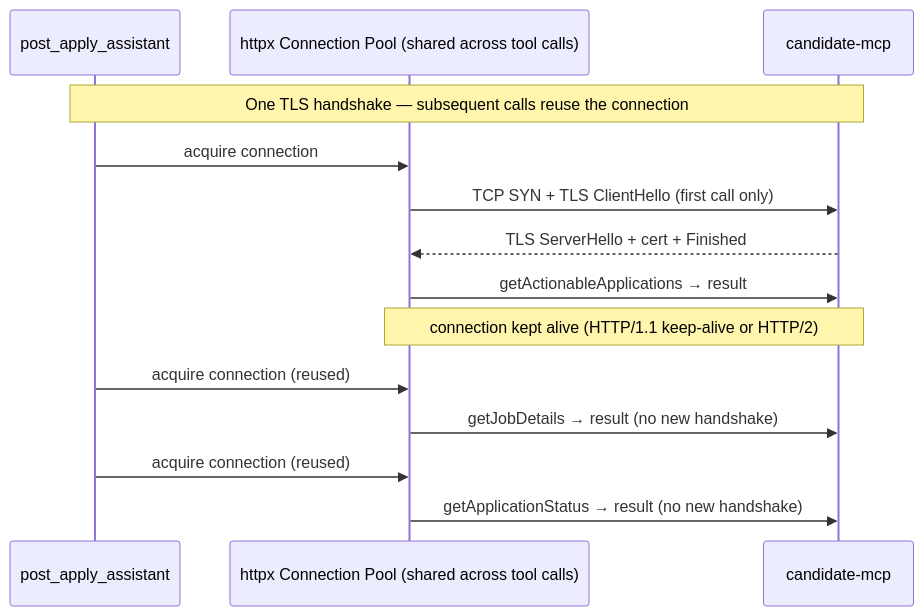
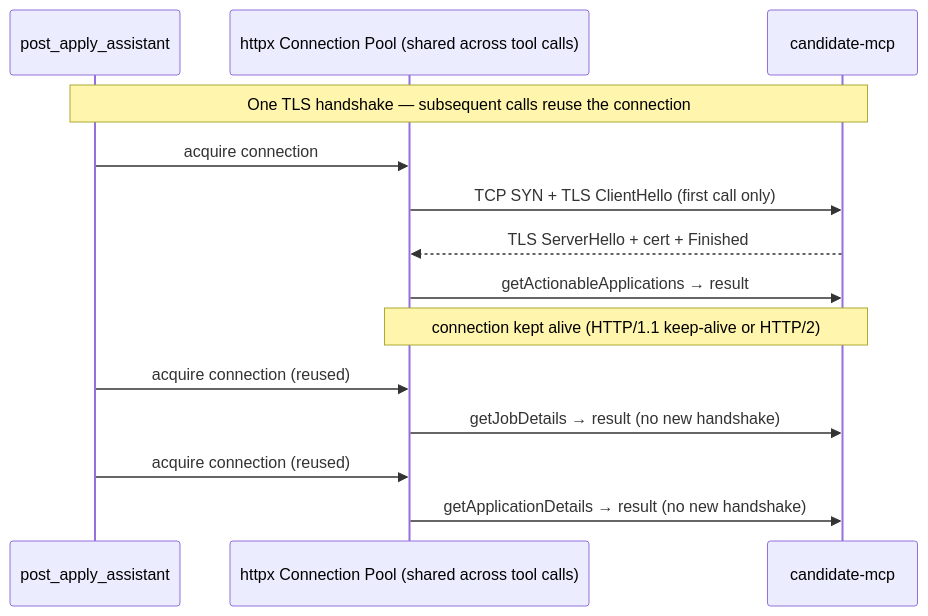
Before and after one commit to venkat-raman17/candidate-agent: diagram 20 of 32 in LLD_POST_APPLY_ASSISTANT.md, drawn with Mermaid. The commit also changed other lines of this file, not shown here.

First line of the commit message:
fix: update job details in post-apply assistant documentation

````diff
--- a/LLD_POST_APPLY_ASSISTANT.md
+++ b/LLD_POST_APPLY_ASSISTANT.md
@@ -1118,20 +1113,20 @@
 ```mermaid
 sequenceDiagram
     participant PAA as post_apply_assistant
     participant POOL as httpx Connection Pool (shared across tool calls)
     participant MCP as candidate-mcp
 
     note over PAA,MCP: One TLS handshake — subsequent calls reuse the connection
 
     PAA->>POOL: acquire connection
     POOL->>MCP: TCP SYN + TLS ClientHello (first call only)
     MCP-->>POOL: TLS ServerHello + cert + Finished
     POOL->>MCP: getActionableApplications → result
     note over POOL,MCP: connection kept alive (HTTP/1.1 keep-alive or HTTP/2)
 
     PAA->>POOL: acquire connection (reused)
     POOL->>MCP: getJobDetails → result  (no new handshake)
 
     PAA->>POOL: acquire connection (reused)
-    POOL->>MCP: getApplicationStatus → result  (no new handshake)
+    POOL->>MCP: getApplicationDetails → result  (no new handshake)
 ```
````
